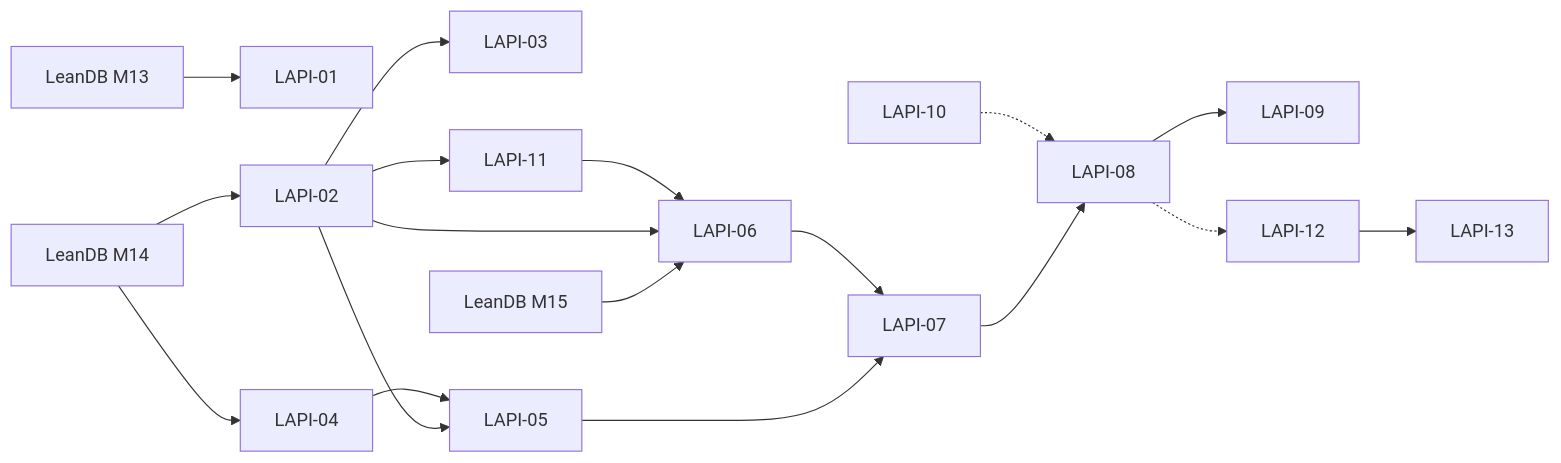
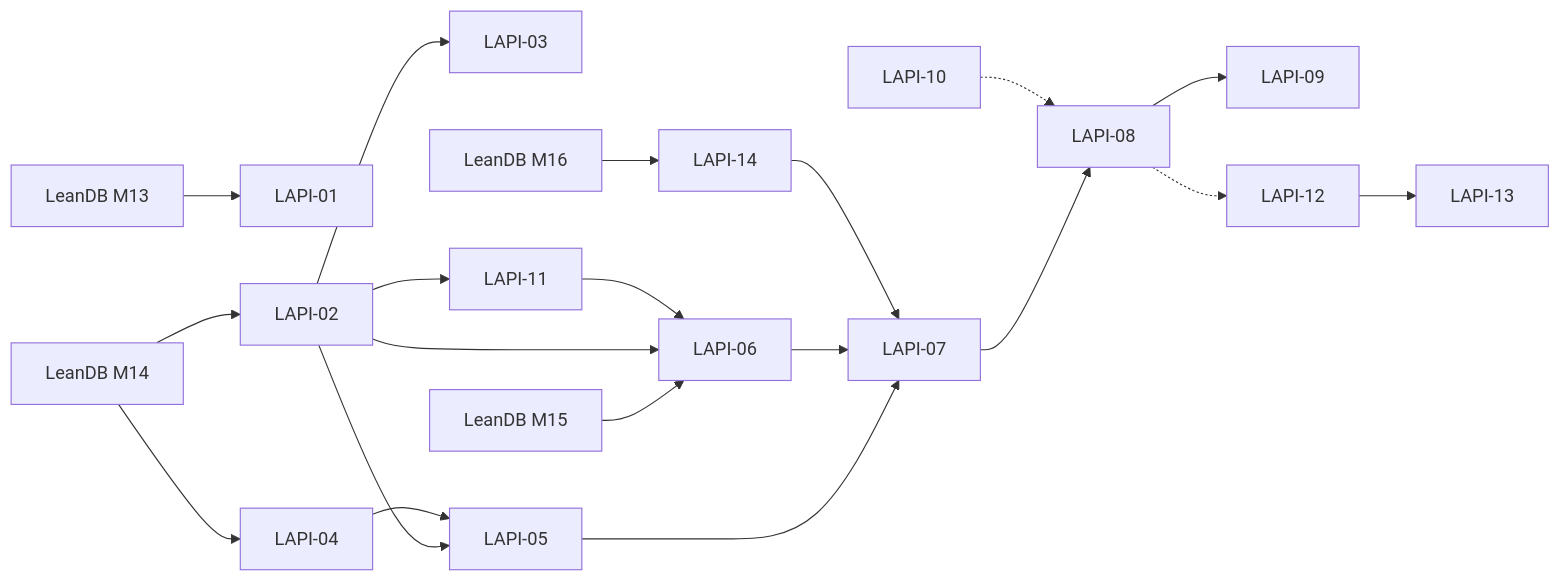
One commit to theoriclabs/leanapi changed the diagram in tickets/README.md. Above: the diagram before and after it, drawn with Mermaid. The commit also changed other lines of this file and 1 other file, not shown here.

Commit message:
Tickets: LAPI-14 (handlers over LeanDB's views; retire the prototype)

````diff
--- a/tickets/README.md
+++ b/tickets/README.md
@@ -33,20 +34,22 @@
 ```mermaid
 flowchart LR
     DB13["LeanDB M13"] --> L1["LAPI-01"]
     DB14["LeanDB M14"] --> L2["LAPI-02"]
     DB14 --> L4["LAPI-04"]
     L2 --> L3["LAPI-03"]
     L2 --> L5["LAPI-05"]
     L4 --> L5
     DB15["LeanDB M15"] --> L6["LAPI-06"]
     L2 --> L6
     L5 --> L7["LAPI-07"]
     L6 --> L7
     L7 --> L8["LAPI-08"]
     L8 --> L9["LAPI-09"]
     L2 --> L11["LAPI-11"]
     L11 --> L6
     L8 -.-> L12["LAPI-12"]
     L12 --> L13["LAPI-13"]
+    DB16["LeanDB M16"] --> L14["LAPI-14"]
+    L14 --> L7
     L10["LAPI-10"] -.-> L8
 ```
````
